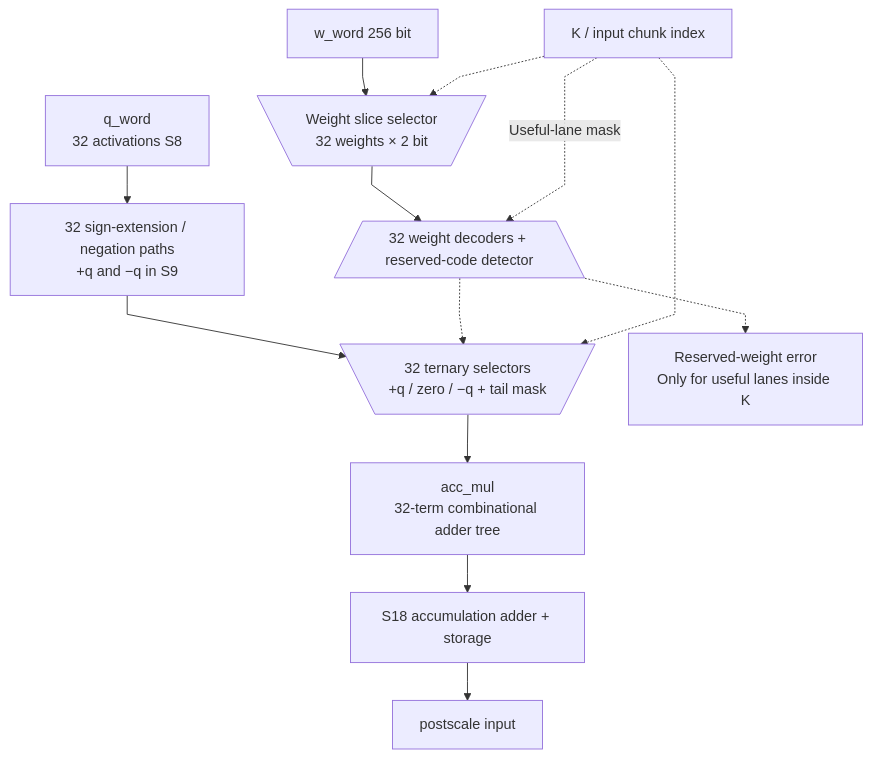
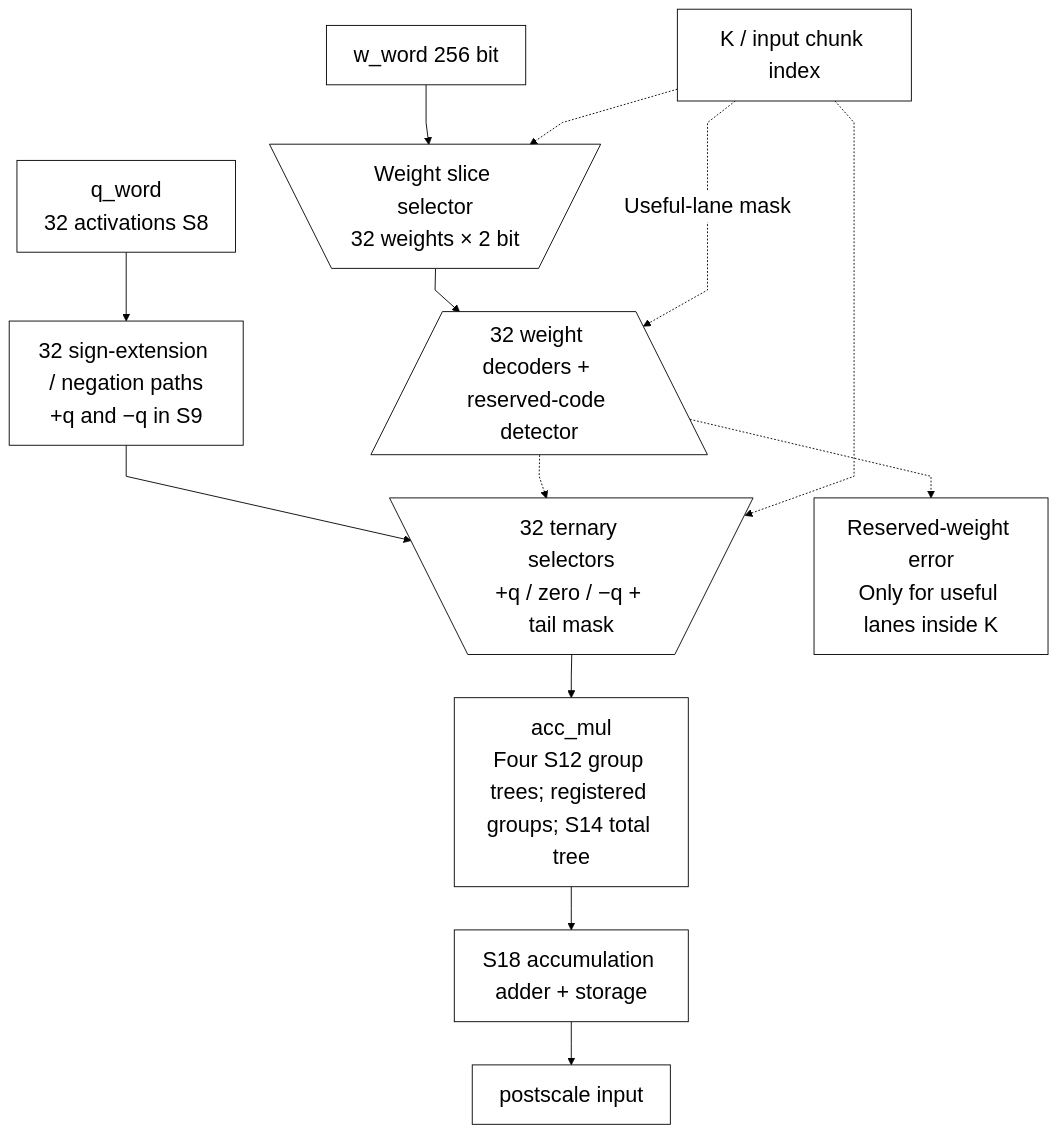
The second of 2 diagrams in docs/source_guide/blocks/ternary_mul.sv.md (nguyennhutkhanhtom/NPU), drawn with Mermaid before and after one commit. The commit also changed other lines of this file and 102 other files, not shown here.

First line of the commit message:
docs: refresh guides and source-grounded RTL diagrams

````diff
--- a/docs/source_guide/blocks/ternary_mul.sv.md
+++ b/docs/source_guide/blocks/ternary_mul.sv.md
@@ -256,16 +258,18 @@
 ```mermaid
+%%{init: {"theme":"base","fontFamily":"Arial, sans-serif","themeVariables":{"fontSize":"24px","primaryColor":"#ffffff","primaryTextColor":"#000000","primaryBorderColor":"#000000","secondaryColor":"#ffffff","tertiaryColor":"#ffffff","lineColor":"#000000","textColor":"#000000","mainBkg":"#ffffff","nodeBorder":"#000000","clusterBkg":"#ffffff","clusterBorder":"#000000","edgeLabelBackground":"#ffffff"},"flowchart":{"htmlLabels":true,"useMaxWidth":false,"nodeSpacing":32,"rankSpacing":48,"curve":"linear","subGraphTitleMargin":{"top":16,"bottom":30}}}}%%
 flowchart TB
-%%{init: {"flowchart": {"subGraphTitleMargin": {"top": 8, "bottom": 20}, "nodeSpacing": 28, "rankSpacing": 42, "curve": "linear"}}}%%
-    Q["q_word<br/>32 activations S8"] --> SIGN["32 sign-extension / negation paths<br/>+q and −q in S9"]
+Q["q_word<br/>32 activations S8"] --> SIGN["32 sign-extension / negation paths<br/>+q and −q in S9"]
     W["w_word 256 bit"] --> SEL@{ shape: trap-t, label: "Weight slice selector<br/>32 weights × 2 bit" }
     CFG["K / input chunk index"] -.-> SEL
     SEL --> DEC@{ shape: trap-b, label: "32 weight decoders + reserved-code detector" }
     SIGN --> PE@{ shape: trap-t, label: "32 ternary selectors<br/>+q / zero / −q + tail mask" }
     DEC -.-> PE
     CFG -.-> PE
     CFG -.->|"Useful-lane mask"| DEC
-    PE --> TREE["acc_mul<br/>32-term combinational adder tree"]
+    PE --> TREE["acc_mul<br/>Four S12 group trees; registered groups; S14 total tree"]
     TREE --> ACC["S18 accumulation adder + storage"]
     ACC --> POST["postscale input"]
     DEC -.-> ERR["Reserved-weight error<br/>Only for useful lanes inside K"]
+    classDef default fill:white,stroke:black,color:black,font-size:24px;
+    linkStyle default stroke:black,color:black;
 ```
````
